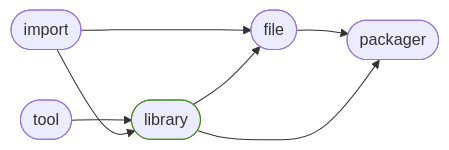
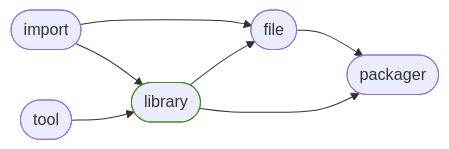
Before and after one commit to ManderaGeneral/generallibrary: the diagram in README.md, drawn with Mermaid. The commit also changed other lines of this file and 1 other file, not shown here.

````diff
--- a/README.md
+++ b/README.md
@@ -24,15 +24,15 @@
 ```mermaid
 flowchart LR
+3([file]) --> 4([packager])
 0([import]) --> 3([file])
-3([file]) --> 4([packager])
 2([library]) --> 4([packager])
+0([import]) --> 2([library])
 2([library]) --> 3([file])
 1([tool]) --> 2([library])
-0([import]) --> 2([library])
 click 0 "https://github.com/ManderaGeneral/generalimport"
 click 1 "https://github.com/ManderaGeneral/generaltool"
 click 2 "https://github.com/ManderaGeneral/generallibrary"
 click 3 "https://github.com/ManderaGeneral/generalfile"
 click 4 "https://github.com/ManderaGeneral/generalpackager"
 style 2 stroke:#482
 ```
````
